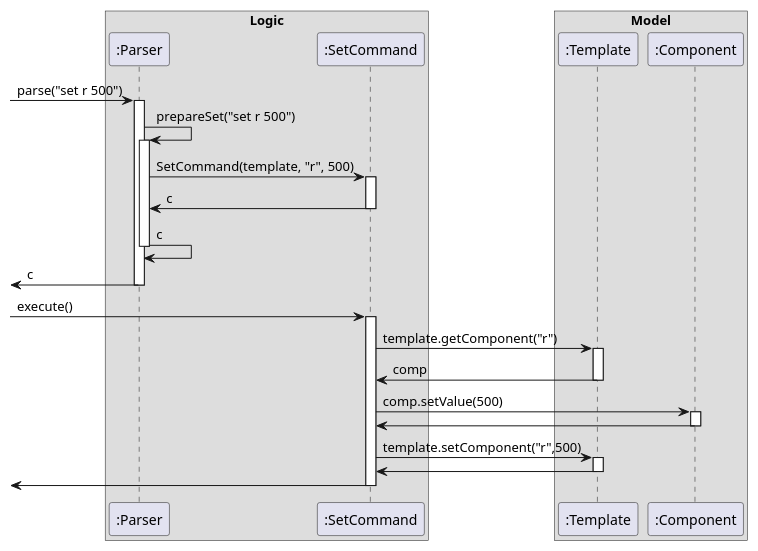
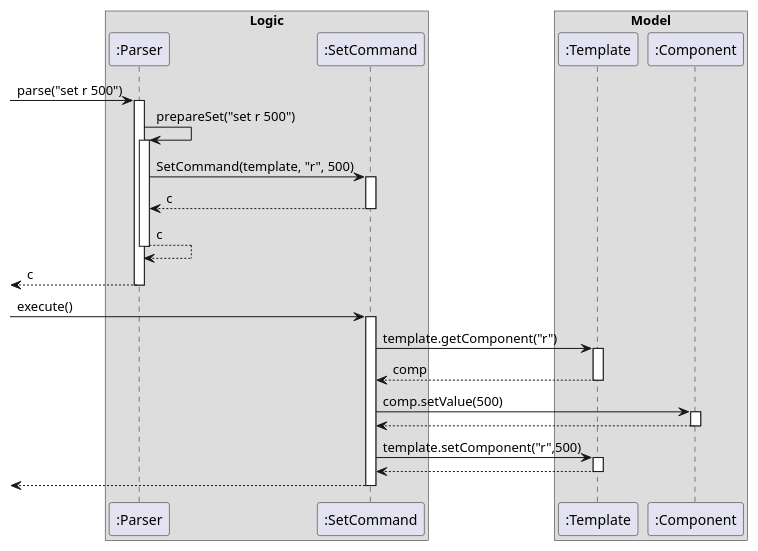
One commit to sevenseasofbri/tp changed the diagram in docs/diagrams/SetSequenceDiagram.puml. Above: the diagram before and after it, drawn with PlantUML. The commit also changed 18 other files, not shown here.

Commit message:
Update UML diagrams

```diff
--- a/docs/diagrams/SetSequenceDiagram.puml
+++ b/docs/diagrams/SetSequenceDiagram.puml
@@ -1,58 +1,58 @@
 @startuml
 
 box Logic
 participant ":Parser" as Parser
 participant ":SetCommand" as SetCommand
 end box
 
 box Model 
 participant ":Template" as Template
 participant ":Component" as Component 
 end box
 
 
 [-> Parser : parse("set r 500")
 activate Parser
 
 Parser -> Parser : prepareSet("set r 500")
 activate Parser
 
 Parser -> SetCommand : SetCommand(template, "r", 500)
 activate SetCommand
 
-SetCommand -> Parser : c
+SetCommand --> Parser : c
 deactivate SetCommand
 
-Parser -> Parser : c
+Parser --> Parser : c
 deactivate Parser
 
-[<- Parser : c
+[<-- Parser : c
 deactivate Parser
 
 
 [-> SetCommand : execute()
 activate SetCommand
 
 SetCommand -> Template : template.getComponent("r")
 activate Template
 
-Template -> SetCommand : comp
+Template --> SetCommand : comp
 deactivate Template
 
 SetCommand -> Component : comp.setValue(500)
 activate Component
 
-Component -> SetCommand
+Component --> SetCommand
 deactivate Component
 
 SetCommand -> Template : template.setComponent("r",500)
 activate Template
 
-Template -> SetCommand
+Template --> SetCommand
 deactivate Template
 
-[<- SetCommand 
+[<-- SetCommand 
 deactivate SetCommand
 
 
 @enduml
```
